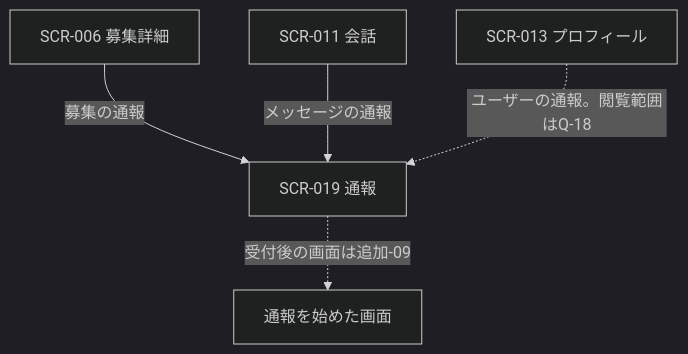
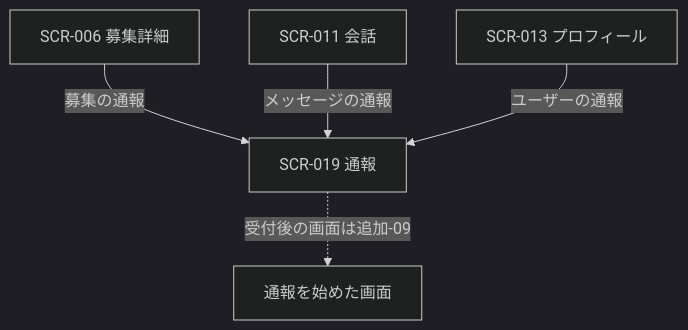
One commit to sysnovastudio-byte/nagoya-volleyball-matching changed the sixth of 8 diagrams in docs/10_画面一覧.md. Above: the diagram before and after it, drawn with Mermaid (dark theme). The commit also changed other lines of this file and 8 other files, not shown here.

````diff
--- a/docs/10_画面一覧.md
+++ b/docs/10_画面一覧.md
@@ -355,7 +355,7 @@
 ```mermaid
 flowchart TD
     F1["SCR-006 募集詳細"] -->|"募集の通報"| F4["SCR-019 通報"]
     F2["SCR-011 会話"] -->|"メッセージの通報"| F4
-    F3["SCR-013 プロフィール"] -.->|"ユーザーの通報。閲覧範囲はQ-18"| F4
+    F3["SCR-013 プロフィール"] -->|"ユーザーの通報"| F4
     F4 -.->|"受付後の画面は追加-09"| F8["通報を始めた画面"]
 ```
````
